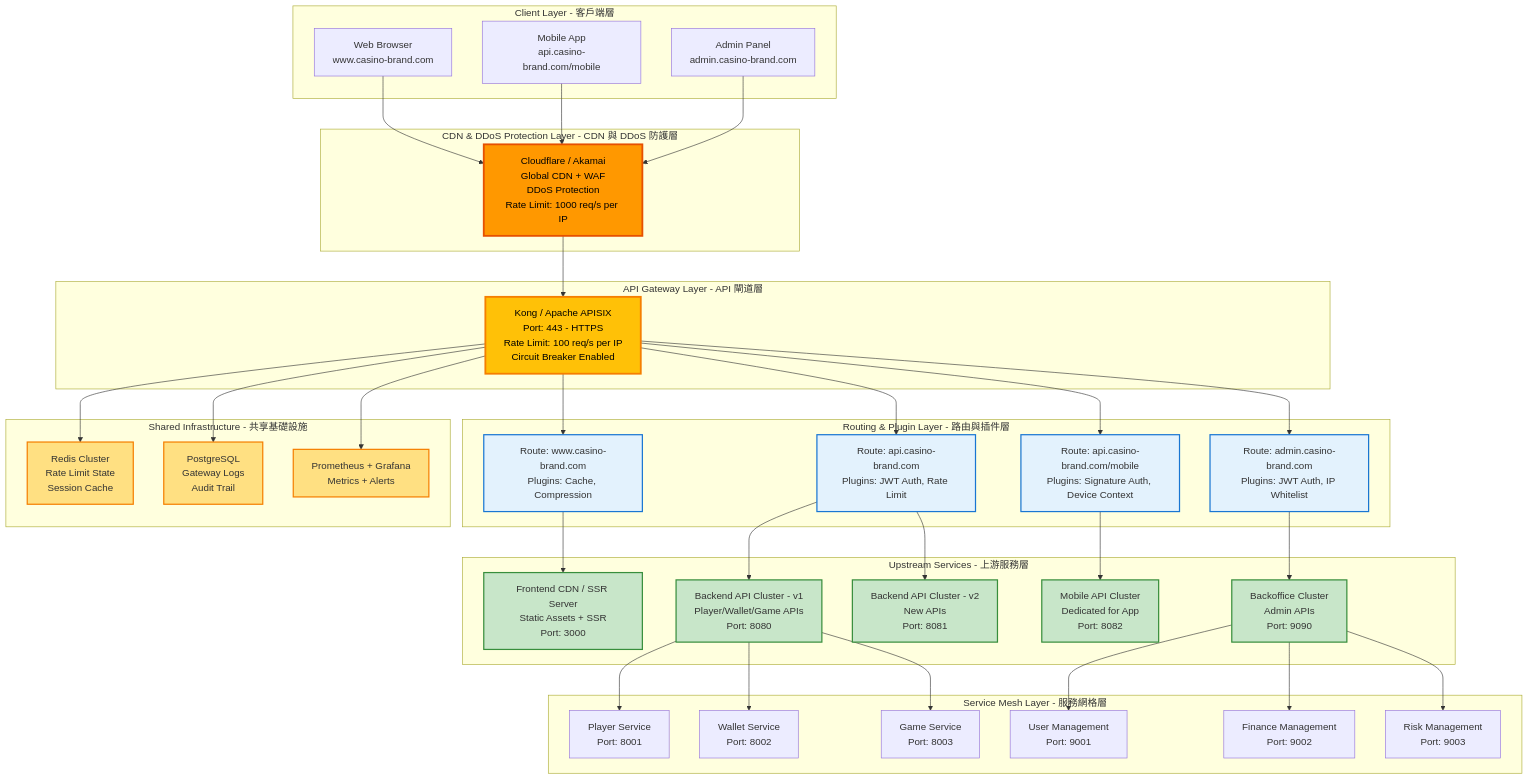
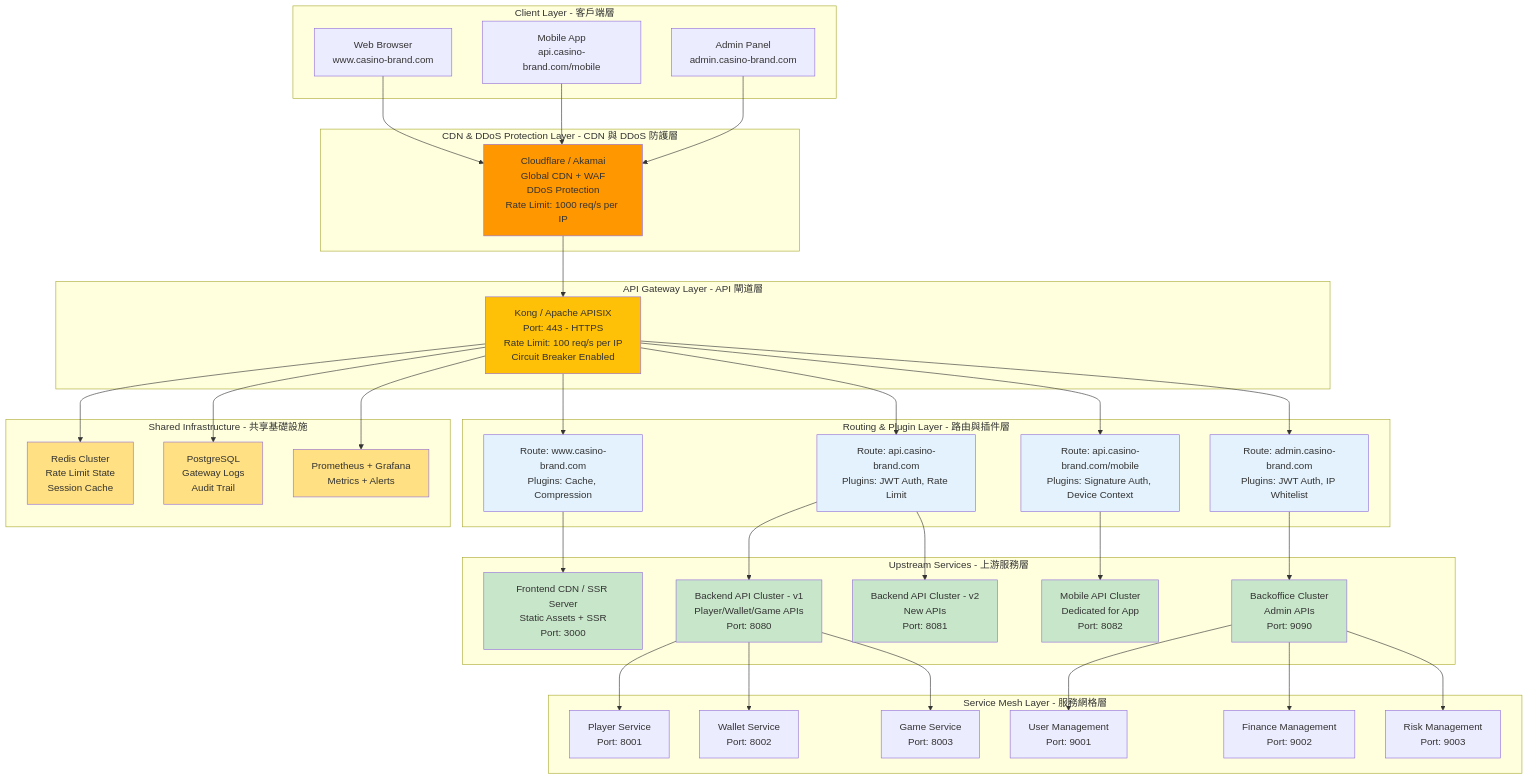
One commit to ron03wlb/smart-admin changed the first of 3 diagrams in docs/iGaming/12_Technical_Operations/12-03_Gateway_Architecture.md. Above: the diagram before and after it, drawn with Mermaid. The commit also changed other lines of this file and 16 other files, not shown here.

First line of the commit message:
fix(mermaid): Phase 6 - fix Type D comma-separated style properties

````diff
--- a/docs/iGaming/12_Technical_Operations/12-03_Gateway_Architecture.md
+++ b/docs/iGaming/12_Technical_Operations/12-03_Gateway_Architecture.md
@@ -82,21 +82,21 @@
     KONG --> PG
     KONG --> MONITOR
 
-    style CF fill:#FF9800,stroke:#E65100,stroke-width:3px,color:#000
-    style KONG fill:#FFC107,stroke:#F57F00,stroke-width:3px,color:#000
+    style CF fill:#FF9800
+    style KONG fill:#FFC107
 
-    style R1 fill:#E3F2FD,stroke:#1976D2,stroke-width:2px
-    style R2 fill:#E3F2FD,stroke:#1976D2,stroke-width:2px
-    style R3 fill:#E3F2FD,stroke:#1976D2,stroke-width:2px
-    style R4 fill:#E3F2FD,stroke:#1976D2,stroke-width:2px
+    style R1 fill:#E3F2FD
+    style R2 fill:#E3F2FD
+    style R3 fill:#E3F2FD
+    style R4 fill:#E3F2FD
 
-    style CDN_SSR fill:#C8E6C9,stroke:#388E3C,stroke-width:2px
-    style API_V1 fill:#C8E6C9,stroke:#388E3C,stroke-width:2px
-    style API_V2 fill:#C8E6C9,stroke:#388E3C,stroke-width:2px
-    style MOBILE_API fill:#C8E6C9,stroke:#388E3C,stroke-width:2px
-    style BACKOFFICE fill:#C8E6C9,stroke:#388E3C,stroke-width:2px
+    style CDN_SSR fill:#C8E6C9
+    style API_V1 fill:#C8E6C9
+    style API_V2 fill:#C8E6C9
+    style MOBILE_API fill:#C8E6C9
+    style BACKOFFICE fill:#C8E6C9
 
-    style REDIS fill:#FFE082,stroke:#F57F00,stroke-width:2px
-    style PG fill:#FFE082,stroke:#F57F00,stroke-width:2px
-    style MONITOR fill:#FFE082,stroke:#F57F00,stroke-width:2px
+    style REDIS fill:#FFE082
+    style PG fill:#FFE082
+    style MONITOR fill:#FFE082
 ```
````
